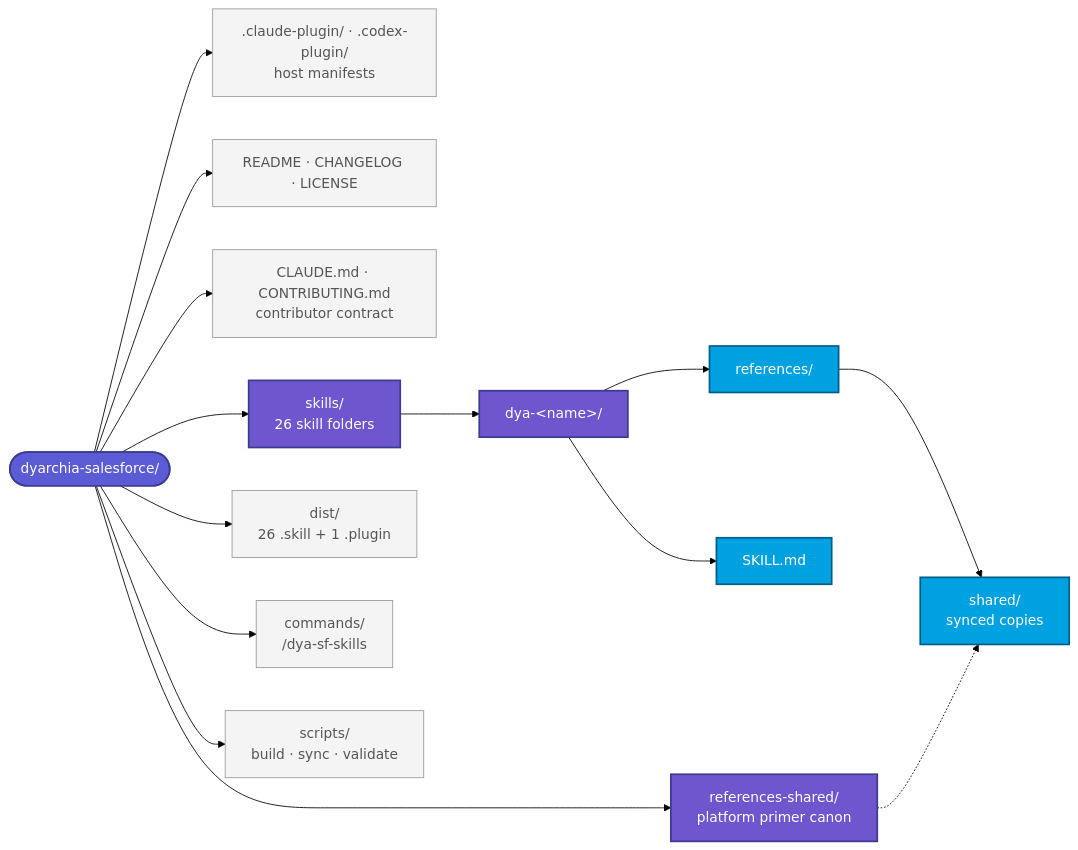
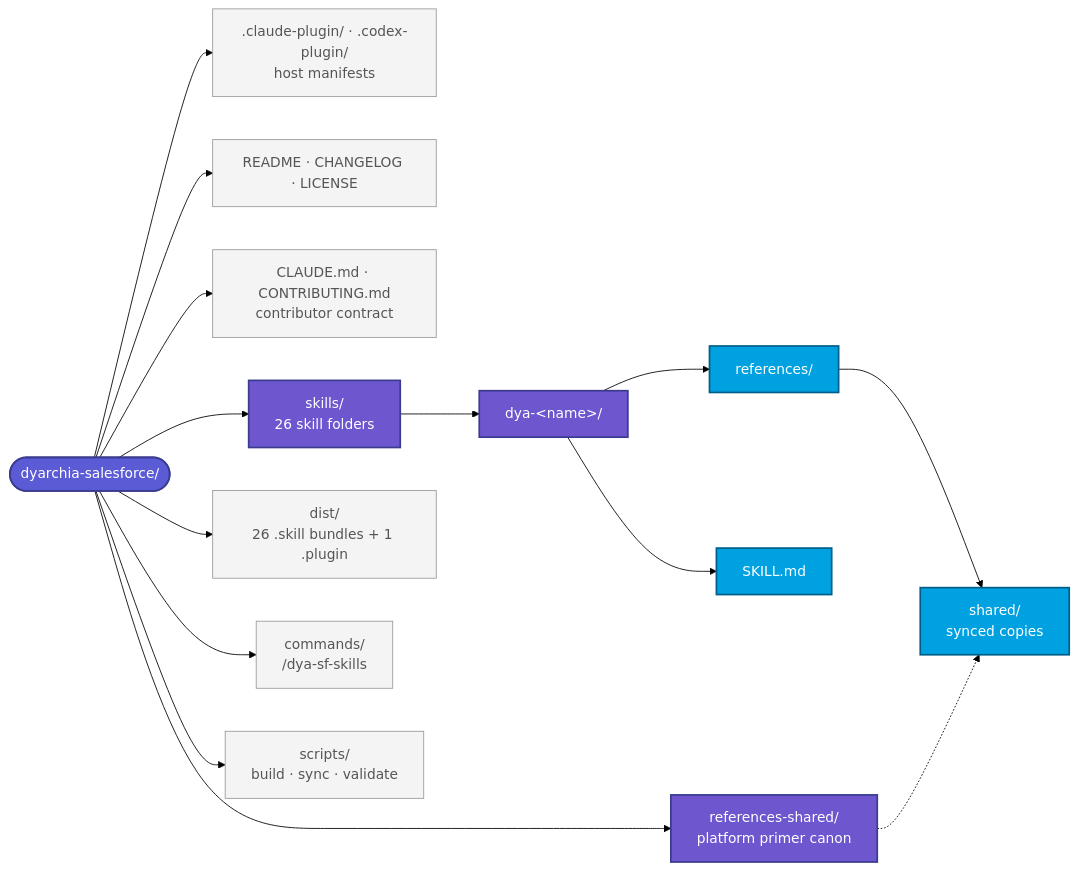
The first of 3 diagrams in README.md (Dyarchia/dyarchia-salesforce), drawn with Mermaid (forest theme) before and after one commit. The commit also changed 3 other files, not shown here.

````diff
--- a/README.md
+++ b/README.md
@@ -98,28 +98,28 @@
 ```mermaid
 graph LR
     Root([dyarchia-salesforce/])
     Root --> Plugin[".claude-plugin/ · .codex-plugin/<br/>host manifests"]
     Root --> Meta["README · CHANGELOG · LICENSE"]
     Root --> Contract["CLAUDE.md · CONTRIBUTING.md<br/>contributor contract"]
     Root --> SK["skills/<br/>26 skill folders"]
     Root --> Shared["references-shared/<br/>platform primer canon"]
-    Root --> Dist["dist/<br/>26 .skill + 1 .plugin"]
+    Root --> Dist["dist/<br/>26 .skill bundles + 1 .plugin"]
     Root --> Cmds["commands/<br/>/dya-sf-skills"]
     Root --> Scripts["scripts/<br/>build · sync · validate"]
 
     SK --> Skill["dya-&lt;name&gt;/"]
     Skill --> SM["SKILL.md"]
     Skill --> Refs["references/"]
     Refs --> SharedRefs["shared/<br/>synced copies"]
     Shared -.-> SharedRefs
 
     classDef root fill:#5B5BD6,stroke:#3B3B8F,color:#fff,stroke-width:2px
     classDef domainFolder fill:#6E56CF,stroke:#3B3B8F,color:#fff,stroke-width:2px
     classDef skillFolder fill:#00A1E0,stroke:#005F8A,color:#fff,stroke-width:2px
     classDef meta fill:#F4F4F4,stroke:#999,color:#555
 
     class Root root
     class SK,Skill,Shared domainFolder
     class SM,Refs,SharedRefs skillFolder
     class Plugin,Meta,Contract,Dist,Scripts,Cmds meta
 ```
````
